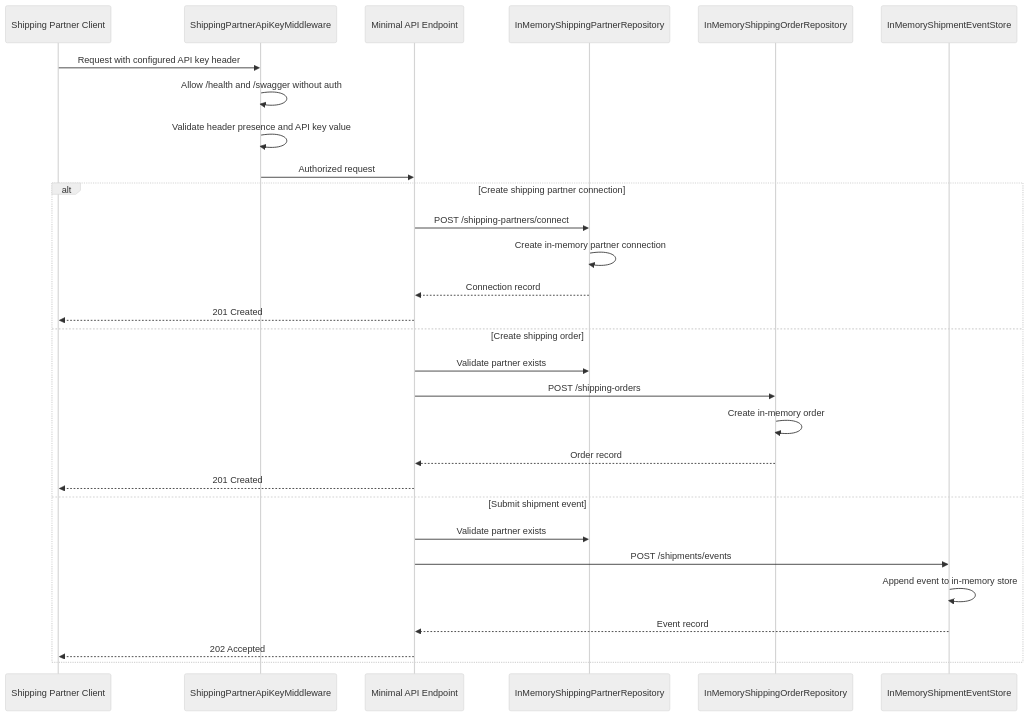
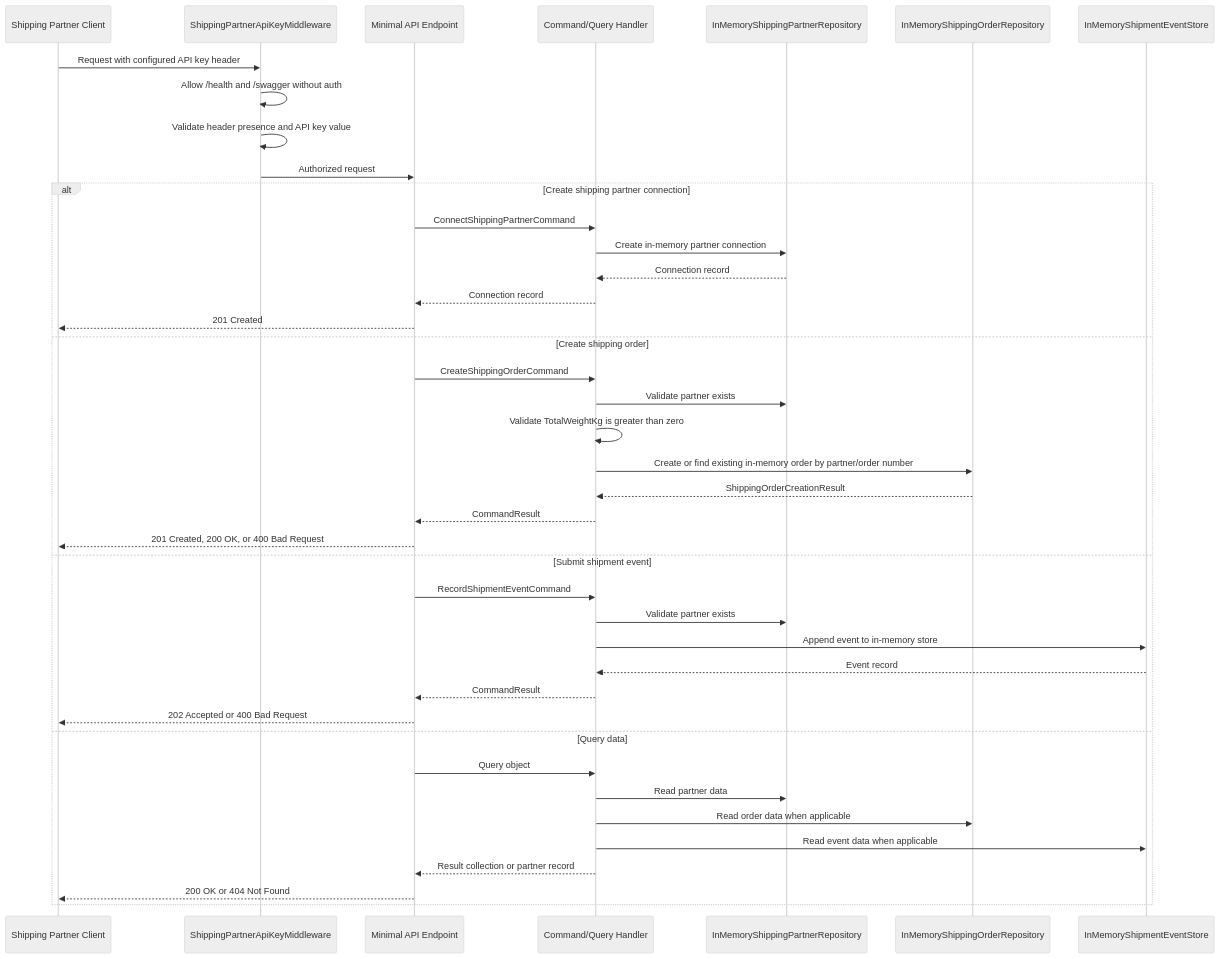
Before and after one commit to bm295/PartnerAPI: the second of 2 diagrams in docs/shipping-partner-integration-flow.md, drawn with Mermaid (neutral theme). The commit also changed other lines of this file and 9 other files, not shown here.

Commit message:
Implement idempotent shipping order creation

````diff
--- a/docs/shipping-partner-integration-flow.md
+++ b/docs/shipping-partner-integration-flow.md
@@ -58,33 +74,45 @@
 ```mermaid
 sequenceDiagram
     participant Client as Shipping Partner Client
     participant Middleware as ShippingPartnerApiKeyMiddleware
     participant Endpoint as Minimal API Endpoint
+    participant Handler as Command/Query Handler
     participant PartnerRepo as InMemoryShippingPartnerRepository
     participant OrderRepo as InMemoryShippingOrderRepository
     participant EventStore as InMemoryShipmentEventStore
 
     Client->>Middleware: Request with configured API key header
     Middleware->>Middleware: Allow /health and /swagger without auth
     Middleware->>Middleware: Validate header presence and API key value
     Middleware->>Endpoint: Authorized request
 
     alt Create shipping partner connection
-        Endpoint->>PartnerRepo: POST /shipping-partners/connect
-        PartnerRepo->>PartnerRepo: Create in-memory partner connection
-        PartnerRepo-->>Endpoint: Connection record
+        Endpoint->>Handler: ConnectShippingPartnerCommand
+        Handler->>PartnerRepo: Create in-memory partner connection
+        PartnerRepo-->>Handler: Connection record
+        Handler-->>Endpoint: Connection record
         Endpoint-->>Client: 201 Created
     else Create shipping order
-        Endpoint->>PartnerRepo: Validate partner exists
-        Endpoint->>OrderRepo: POST /shipping-orders
-        OrderRepo->>OrderRepo: Create in-memory order
-        OrderRepo-->>Endpoint: Order record
-        Endpoint-->>Client: 201 Created
+        Endpoint->>Handler: CreateShippingOrderCommand
+        Handler->>PartnerRepo: Validate partner exists
+        Handler->>Handler: Validate TotalWeightKg is greater than zero
+        Handler->>OrderRepo: Create or find existing in-memory order by partner/order number
+        OrderRepo-->>Handler: ShippingOrderCreationResult
+        Handler-->>Endpoint: CommandResult
+        Endpoint-->>Client: 201 Created, 200 OK, or 400 Bad Request
     else Submit shipment event
-        Endpoint->>PartnerRepo: Validate partner exists
-        Endpoint->>EventStore: POST /shipments/events
-        EventStore->>EventStore: Append event to in-memory store
-        EventStore-->>Endpoint: Event record
-        Endpoint-->>Client: 202 Accepted
+        Endpoint->>Handler: RecordShipmentEventCommand
+        Handler->>PartnerRepo: Validate partner exists
+        Handler->>EventStore: Append event to in-memory store
+        EventStore-->>Handler: Event record
+        Handler-->>Endpoint: CommandResult
+        Endpoint-->>Client: 202 Accepted or 400 Bad Request
+    else Query data
+        Endpoint->>Handler: Query object
+        Handler->>PartnerRepo: Read partner data
+        Handler->>OrderRepo: Read order data when applicable
+        Handler->>EventStore: Read event data when applicable
+        Handler-->>Endpoint: Result collection or partner record
+        Endpoint-->>Client: 200 OK or 404 Not Found
     end
 ```
````
